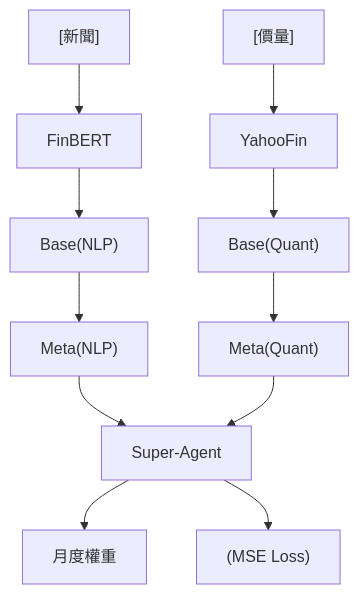
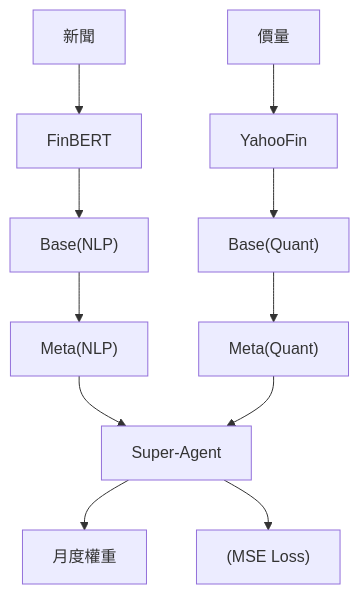
One commit to sou350121/Trading-Handbook changed the diagram in foundations/portfolio-optimization/harlf.md. Above: the diagram before and after it, drawn with Mermaid. The commit also changed 191 other files, not shown here.

First line of the commit message:
render: fix math + mermaid for GitHub across the corpus (188 pages)

````diff
--- a/foundations/portfolio-optimization/harlf.md
+++ b/foundations/portfolio-optimization/harlf.md
@@ -30,13 +30,13 @@
 ```mermaid
 flowchart TD
-    A["[新聞]"] --> B["FinBERT"]
+    A["新聞"] --> B["FinBERT"]
     B --> C["Base(NLP)"]
     C --> D["Meta(NLP)"]
-    E["[價量]"] --> F["YahooFin"]
+    E["價量"] --> F["YahooFin"]
     F --> G["Base(Quant)"]
     G --> H["Meta(Quant)"]
     D --> I["Super-Agent"]
     H --> I
     I --> J["月度權重"]
     I --> K["(MSE Loss)"]
 ```
````
